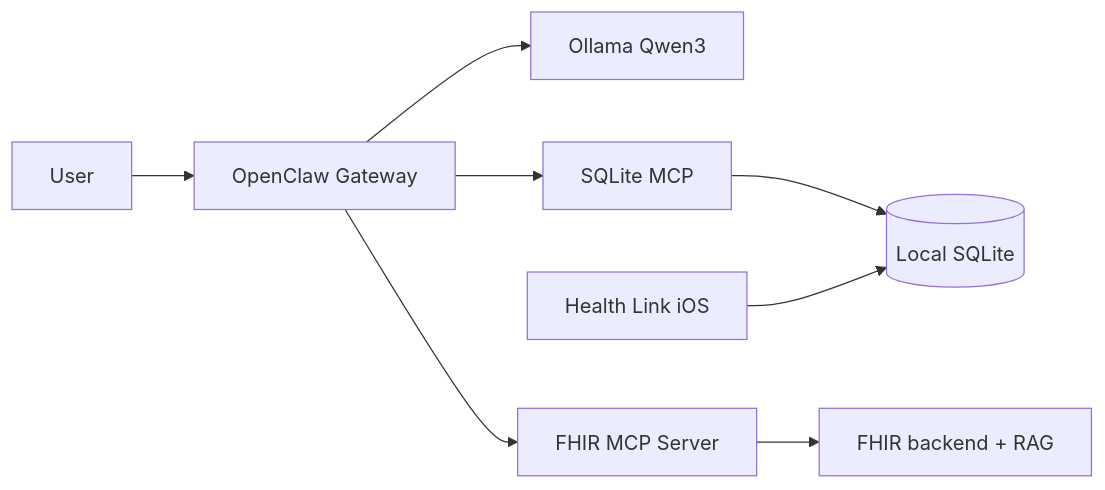
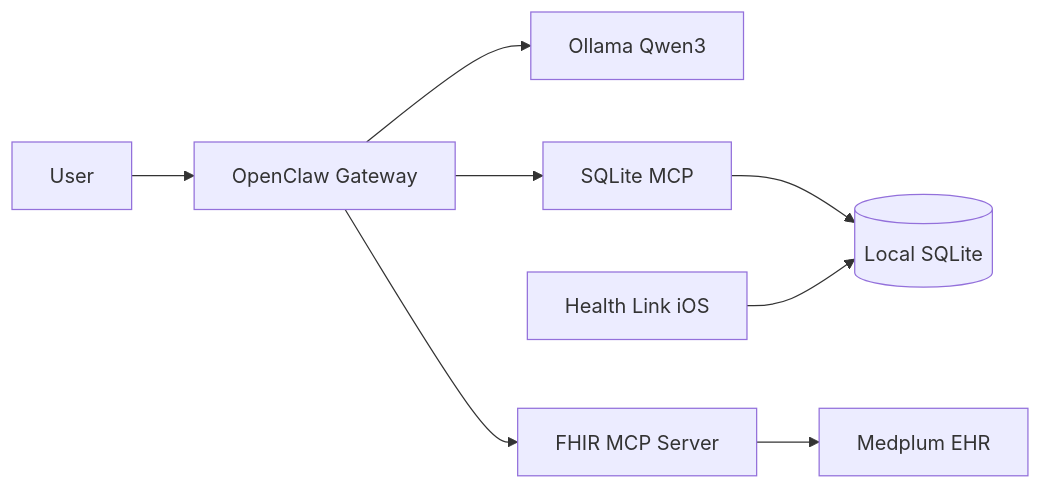
Before and after one commit to CGU-AI4Humanity/openclaw_health_wallet: the second of 2 diagrams in README.md, drawn with Mermaid.

Commit message:
Change FHIR backend reference to Medplum EHR
Updated the FHIR backend reference in the README.

````diff
--- a/README.md
+++ b/README.md
@@ -68,10 +68,10 @@
 ```mermaid
 flowchart LR
   U[User] --> OC[OpenClaw Gateway]
   OC --> QW[Ollama Qwen3]
   OC --> LMCP[SQLite MCP]
   OC --> RMCP[FHIR MCP Server]
   LMCP --> DB[(Local SQLite)]
   HL[Health Link iOS] --> DB
-  RMCP --> FHIR[FHIR backend + RAG]
+  RMCP --> FHIR[Medplum EHR]
 ```
````
